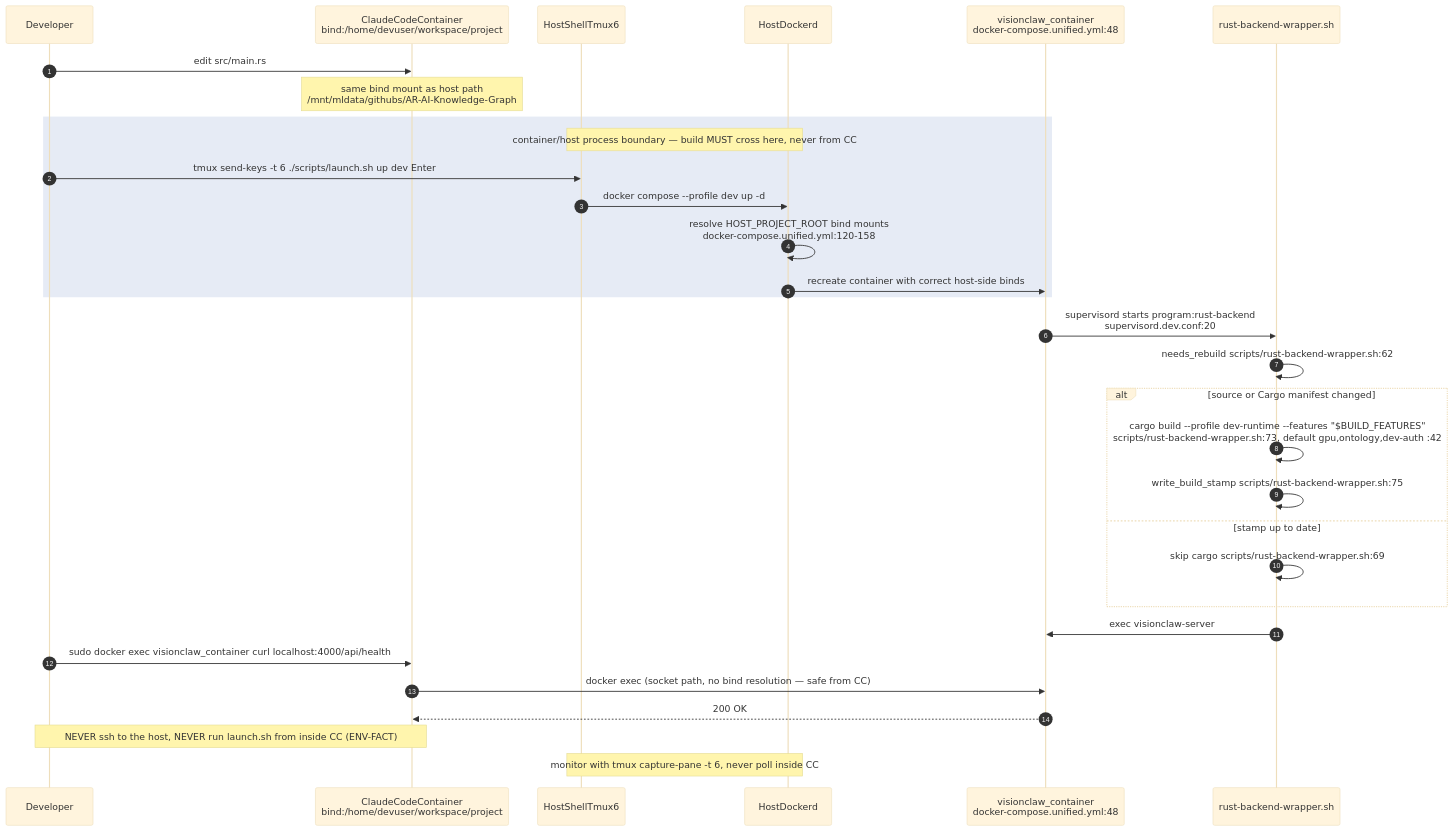
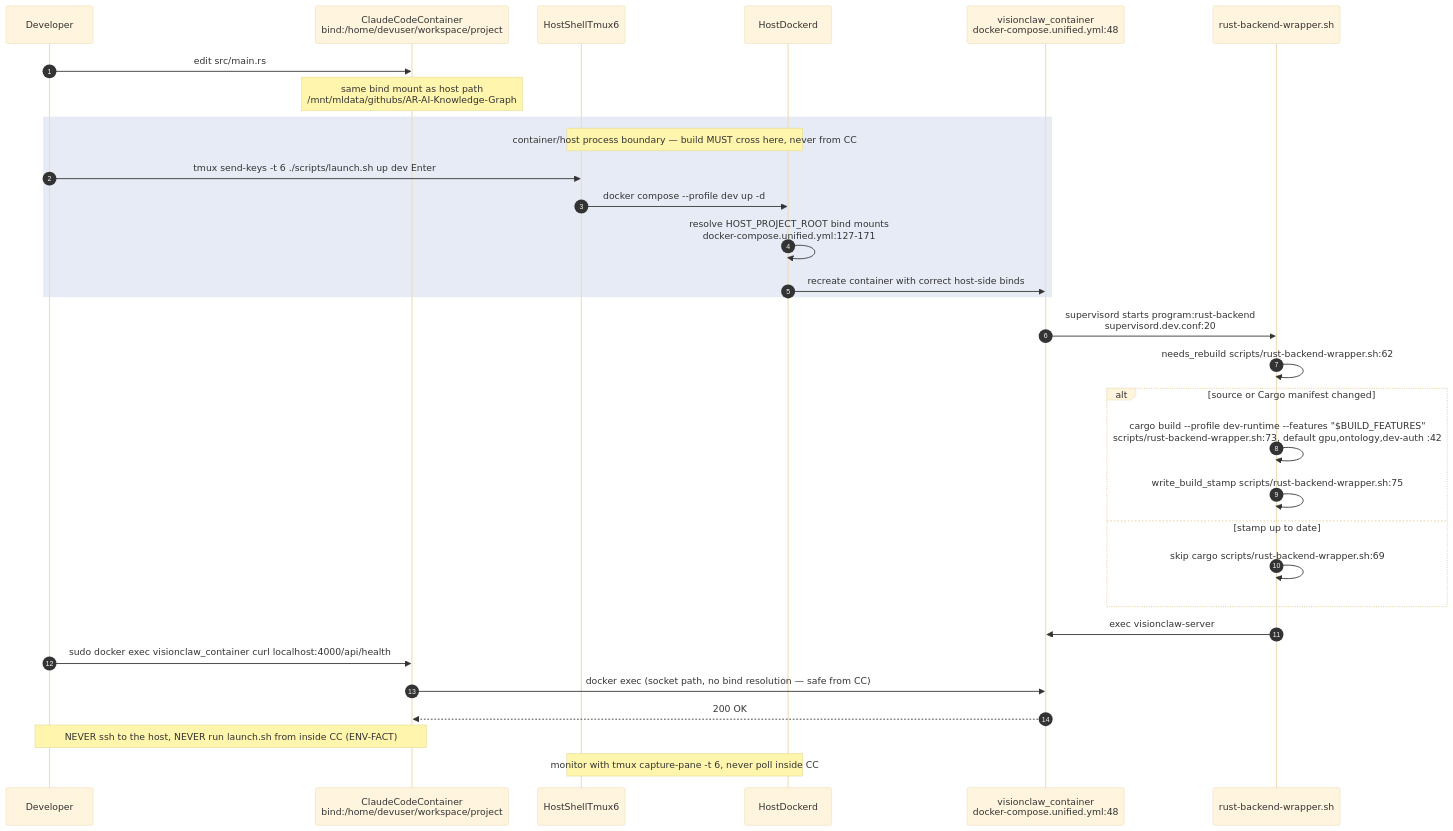
The second of 23 diagrams in docs/diagrams/estate/09-build-deploy-and-ci-estate.md (DreamLab-AI/VisionFlow), drawn with Mermaid (base theme) before and after one commit. The commit also changed other lines of this file and 136 other files, not shown here.

First line of the commit message:
docs(diagrams): refresh the whole corpus to code HEAD and prune low-value diagrams

````diff
--- a/docs/diagrams/estate/09-build-deploy-and-ci-estate.md
+++ b/docs/diagrams/estate/09-build-deploy-and-ci-estate.md
@@ -112,34 +107,34 @@
 ```mermaid
 sequenceDiagram
     autonumber
     participant Dev as Developer
     participant CC as ClaudeCodeContainer<br/>bind:/home/devuser/workspace/project
     participant T6 as HostShellTmux6
     participant DD as HostDockerd
     participant DC as visionclaw_container<br/>docker-compose.unified.yml:48
     participant W as rust-backend-wrapper.sh
 
     Dev->>CC: edit src/main.rs
     Note over CC: same bind mount as host path<br/>/mnt/mldata/githubs/AR-AI-Knowledge-Graph
     rect rgb(230,235,245)
     Note over T6,DD: container/host process boundary — build MUST cross here, never from CC
     Dev->>T6: tmux send-keys -t 6 ./scripts/launch.sh up dev Enter
     T6->>DD: docker compose --profile dev up -d
-    DD->>DD: resolve HOST_PROJECT_ROOT bind mounts<br/>docker-compose.unified.yml:120-158
+    DD->>DD: resolve HOST_PROJECT_ROOT bind mounts<br/>docker-compose.unified.yml:127-171
     DD->>DC: recreate container with correct host-side binds
     end
     DC->>W: supervisord starts program:rust-backend<br/>supervisord.dev.conf:20
     W->>W: needs_rebuild scripts/rust-backend-wrapper.sh:62
     alt source or Cargo manifest changed
         W->>W: cargo build --profile dev-runtime --features "$BUILD_FEATURES"<br/>scripts/rust-backend-wrapper.sh:73, default gpu,ontology,dev-auth :42
         W->>W: write_build_stamp scripts/rust-backend-wrapper.sh:75
     else stamp up to date
         W->>W: skip cargo scripts/rust-backend-wrapper.sh:69
     end
     W->>DC: exec visionclaw-server
     Dev->>CC: sudo docker exec visionclaw_container curl localhost:4000/api/health
     CC->>DC: docker exec (socket path, no bind resolution — safe from CC)
     DC-->>CC: 200 OK
     Note over Dev,CC: NEVER ssh to the host, NEVER run launch.sh from inside CC (ENV-FACT)
     Note over T6,DD: monitor with tmux capture-pane -t 6, never poll inside CC
 ```
````
